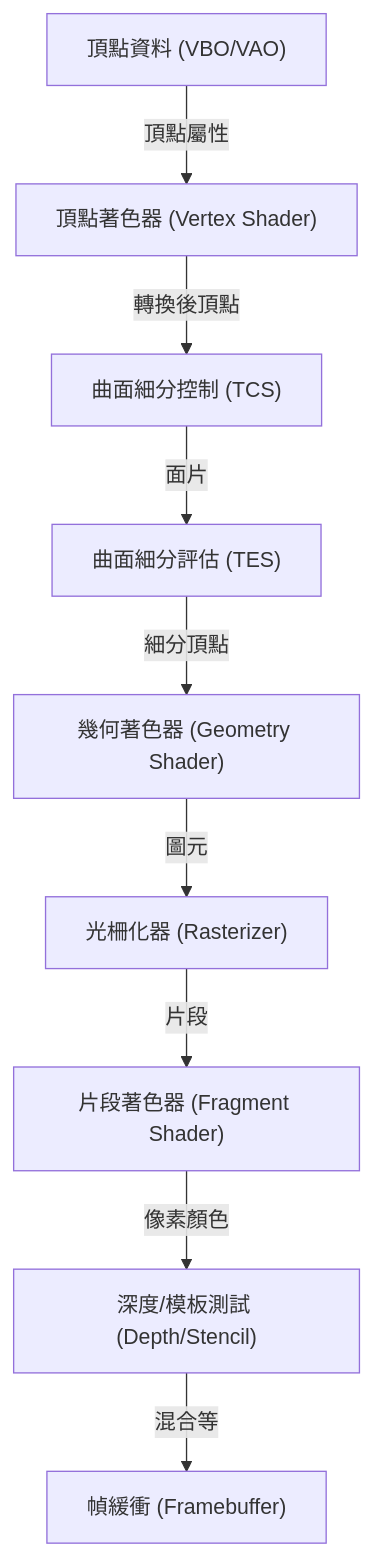
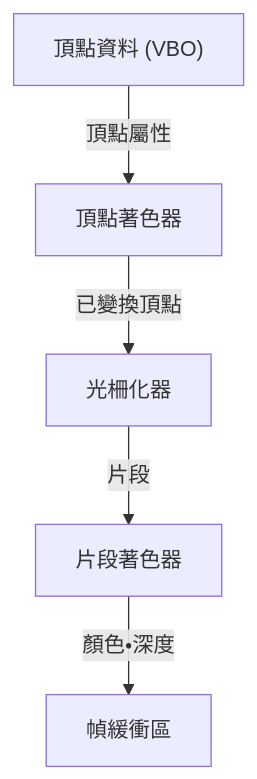
Before and after one commit to kenjinote/blog: the second of 2 diagrams in content/post/opengl-basics-and-history/index.zh-tw.md, drawn with Mermaid. The commit also changed other lines of this file and 129 other files, not shown here.

````diff
--- a/content/post/opengl-basics-and-history/index.zh-tw.md
+++ b/content/post/opengl-basics-and-history/index.zh-tw.md
@@ -69,21 +48,7 @@
 ```mermaid
 graph TD
-    VBO["頂點資料 (VBO/VAO)"]
-    VS["頂點著色器 (Vertex Shader)"]
-    TC["曲面細分控制 (TCS)"]
-    TE["曲面細分評估 (TES)"]
-    GS["幾何著色器 (Geometry Shader)"]
-    RS["光柵化器 (Rasterizer)"]
-    FS["片段著色器 (Fragment Shader)"]
-    TEST["深度/模板測試 (Depth/Stencil)"]
-    FB["幀緩衝 (Framebuffer)"]
-
-    VBO -- "頂點屬性" --> VS
-    VS -- "轉換後頂點" --> TC
-    TC -- "面片" --> TE
-    TE -- "細分頂點" --> GS
-    GS -- "圖元" --> RS
-    RS -- "片段" --> FS
-    FS -- "像素顏色" --> TEST
-    TEST -- "混合等" --> FB
+    VBO["頂點資料 (VBO)"] -- "頂點屬性" --> VS["頂點著色器"]
+    VS -- "已變換頂點" --> RS["光柵化器"]
+    RS -- "片段" --> FS["片段著色器"]
+    FS -- "顏色・深度" --> FB["幀緩衝區"]
 ```
````
